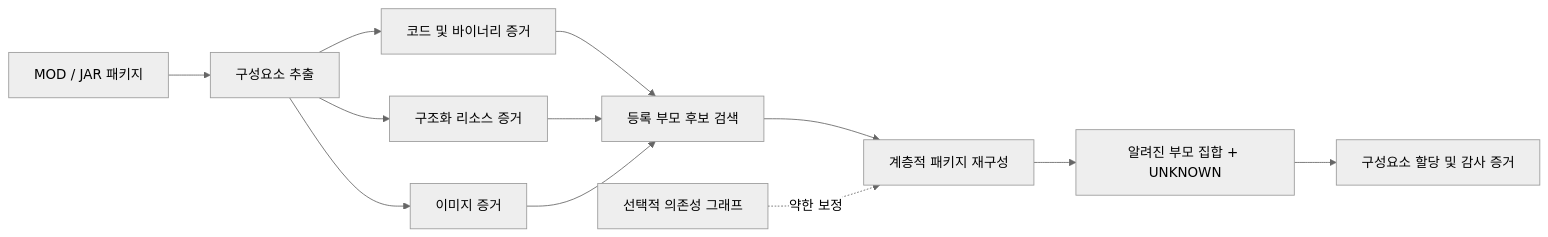
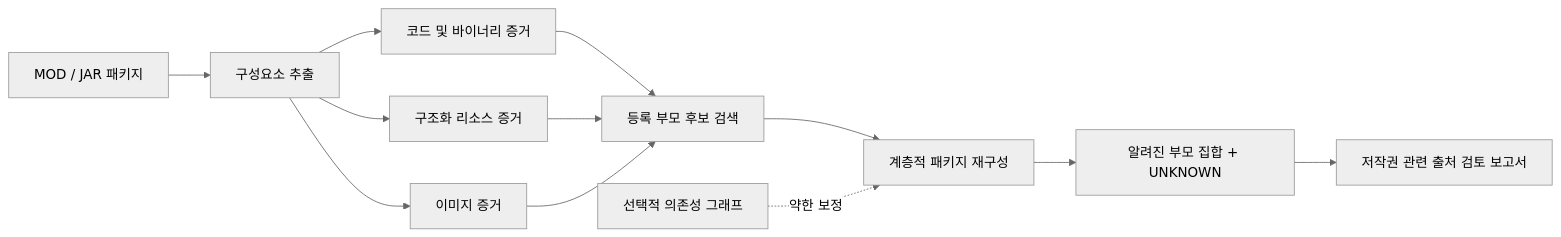
The diagram in README.ko.md (YSL-RyuDo/mod-provenance-research), drawn with Mermaid (neutral theme) before and after one commit. The commit also changed other lines of this file and 24 other files, not shown here.

````diff
--- a/README.ko.md
+++ b/README.ko.md
@@ -20,14 +20,14 @@
 ```mermaid
 flowchart LR
     A[MOD / JAR 패키지] --> B[구성요소 추출]
     B --> C1[코드 및 바이너리 증거]
     B --> C2[구조화 리소스 증거]
     B --> C3[이미지 증거]
     C1 --> D[등록 부모 후보 검색]
     C2 --> D
     C3 --> D
     D --> E[계층적 패키지 재구성]
     G[선택적 의존성 그래프] -. 약한 보정 .-> E
     E --> F[알려진 부모 집합 + UNKNOWN]
-    F --> H[구성요소 할당 및 감사 증거]
+    F --> H[저작권 관련 출처 검토 보고서]
 ```
````
